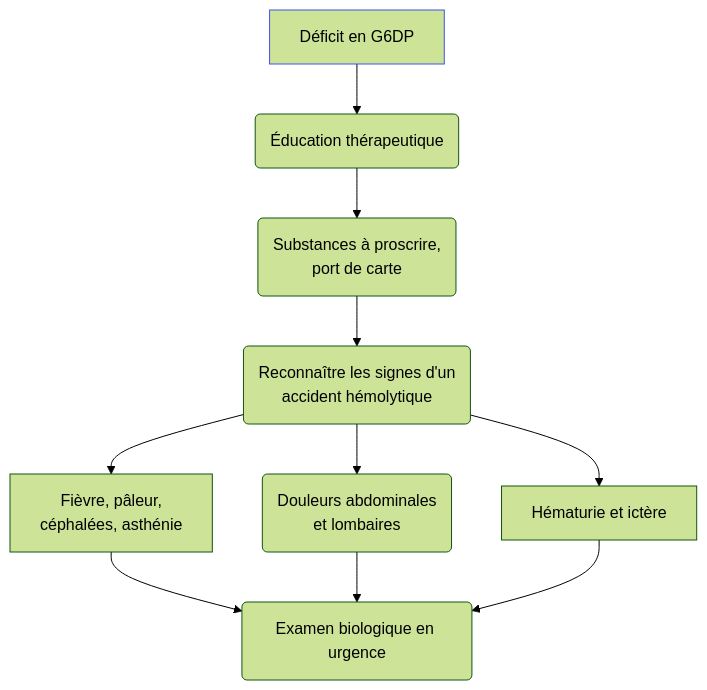
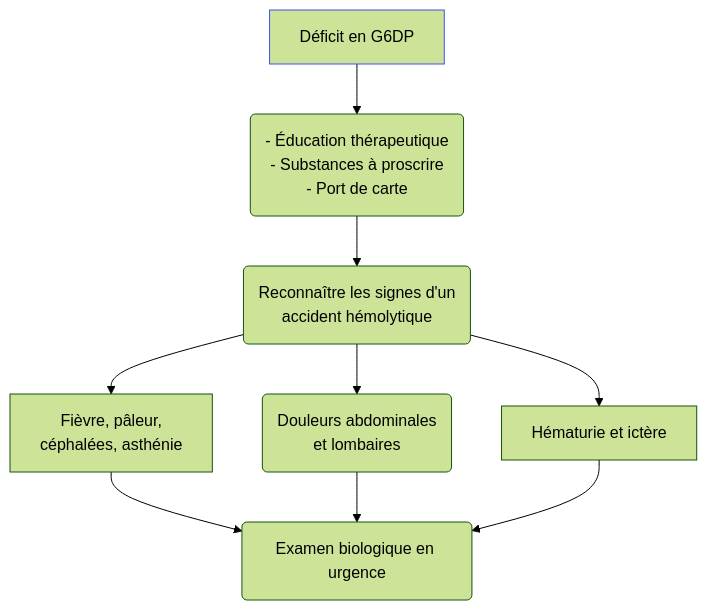
One commit to djibe/recommandations-medicales changed the diagram in content/recommandations/deficit-g6pd.md. Above: the diagram before and after it, drawn with Mermaid (forest theme). The commit also changed 14 other files, not shown here.

Commit message:
New flowcharts

```diff
--- a/content/recommandations/deficit-g6pd.md
+++ b/content/recommandations/deficit-g6pd.md
@@ -205,7 +205,7 @@
 {{< mermaid title="Prise en charge d'un déficit en G6PD par le médecin généraliste. Dr Alaedine Benani d'après PNDS 2017" >}}
 flowchart TB
-  déficit[Déficit en G6DP] --> ETP(Éducation thérapeutique) --> aliments("Substances à proscrire,<br>port de carte") --> signes("Reconnaître les signes d'un<br>accident hémolytique") --> généraux[Fièvre, pâleur,<br>céphalées, asthénie] --> biologie(Examen biologique en urgence)
+  déficit[Déficit en G6DP] --> ETP("- Éducation thérapeutique<br>- Substances à proscrire<br>- Port de carte") --> signes("Reconnaître les signes d'un<br>accident hémolytique") --> généraux[Fièvre, pâleur,<br>céphalées, asthénie] --> biologie(Examen biologique en urgence)
     signes --> douleurs("Douleurs abdominales<br>et lombaires") --> biologie
     signes --> hématurie[Hématurie et ictère] --> biologie
 style déficit stroke:#4150f5, stroke-width:1px
 {{< /mermaid >}}
```
